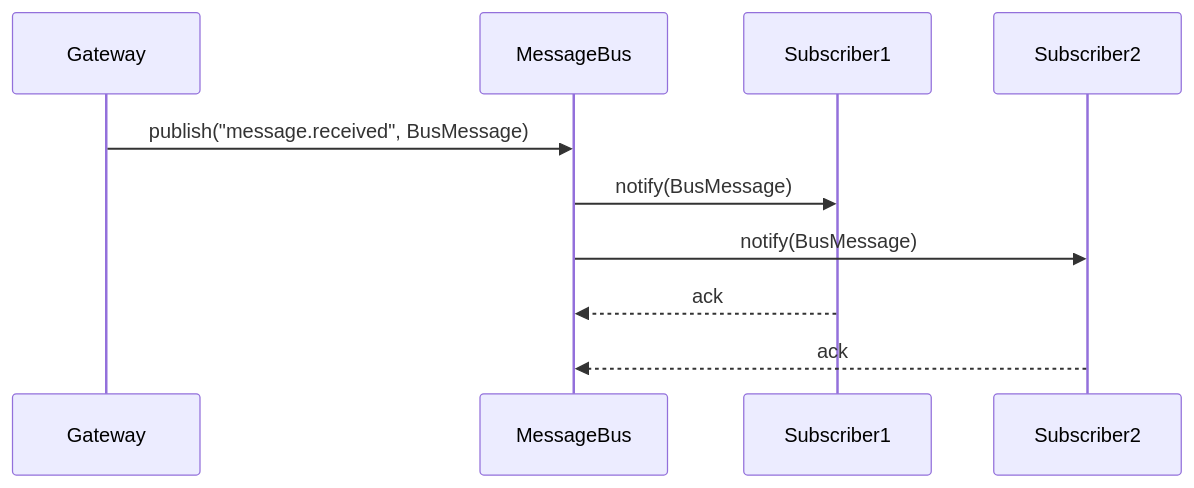
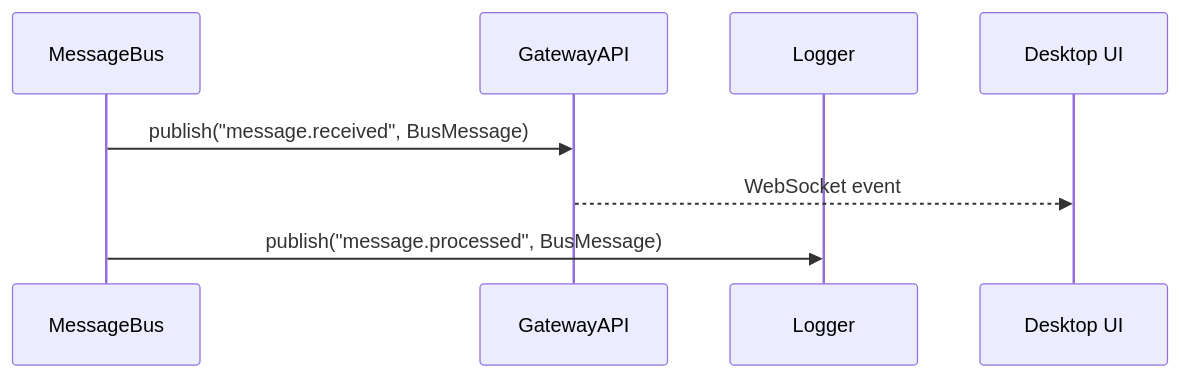
The second of 2 diagrams in docs/architecture/20-message-bus.md (zhuxining/MindClaw), drawn with Mermaid before and after one commit. The commit also changed other lines of this file and 8 other files, not shown here.

````diff
--- a/docs/architecture/20-message-bus.md
+++ b/docs/architecture/20-message-bus.md
@@ -74,13 +63,11 @@
 ```mermaid
 sequenceDiagram
-    participant GW as Gateway
     participant MB as MessageBus
-    participant Sub1 as Subscriber1
-    participant Sub2 as Subscriber2
+    participant API as GatewayAPI
+    participant LOG as Logger
+    participant UI as Desktop UI
 
-    GW->>MB: publish("message.received", BusMessage)
-    MB->>Sub1: notify(BusMessage)
-    MB->>Sub2: notify(BusMessage)
-    Sub1-->>MB: ack
-    Sub2-->>MB: ack
+    MB->>API: publish("message.received", BusMessage)
+    API-->>UI: WebSocket event
+    MB->>LOG: publish("message.processed", BusMessage)
 ```
````
